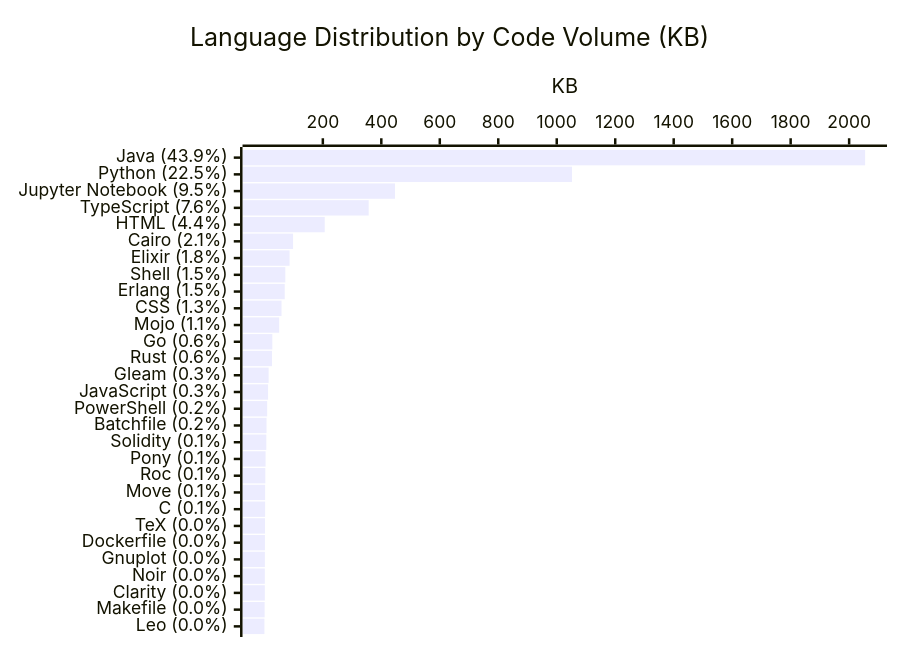
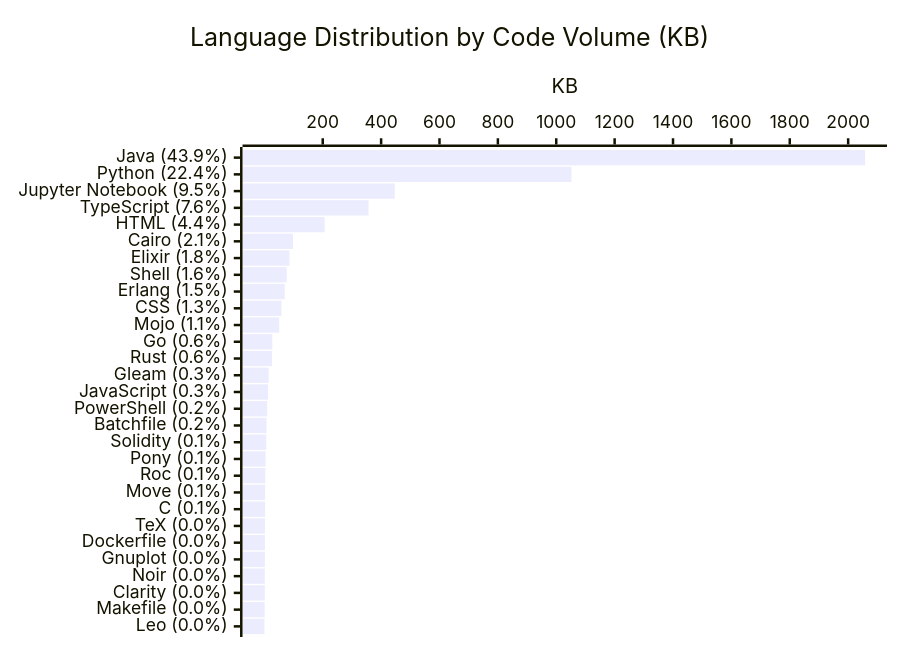
One commit to KathiraveluLab/.github changed the diagram in profile/README.md. Above: the diagram before and after it, drawn with Mermaid. The commit also changed other lines of this file and 1 other file, not shown here.

````diff
--- a/profile/README.md
+++ b/profile/README.md
@@ -64,7 +64,7 @@
 ```mermaid
 xychart-beta horizontal
     title "Language Distribution by Code Volume (KB)"
-    x-axis ["Java (43.9%)", "Python (22.5%)", "Jupyter Notebook (9.5%)", "TypeScript (7.6%)", "HTML (4.4%)", "Cairo (2.1%)", "Elixir (1.8%)", "Shell (1.5%)", "Erlang (1.5%)", "CSS (1.3%)", "Mojo (1.1%)", "Go (0.6%)", "Rust (0.6%)", "Gleam (0.3%)", "JavaScript (0.3%)", "PowerShell (0.2%)", "Batchfile (0.2%)", "Solidity (0.1%)", "Pony (0.1%)", "Roc (0.1%)", "Move (0.1%)", "C (0.1%)", "TeX (0.0%)", "Dockerfile (0.0%)", "Gnuplot (0.0%)", "Noir (0.0%)", "Clarity (0.0%)", "Makefile (0.0%)", "Leo (0.0%)"]
+    x-axis ["Java (43.9%)", "Python (22.4%)", "Jupyter Notebook (9.5%)", "TypeScript (7.6%)", "HTML (4.4%)", "Cairo (2.1%)", "Elixir (1.8%)", "Shell (1.6%)", "Erlang (1.5%)", "CSS (1.3%)", "Mojo (1.1%)", "Go (0.6%)", "Rust (0.6%)", "Gleam (0.3%)", "JavaScript (0.3%)", "PowerShell (0.2%)", "Batchfile (0.2%)", "Solidity (0.1%)", "Pony (0.1%)", "Roc (0.1%)", "Move (0.1%)", "C (0.1%)", "TeX (0.0%)", "Dockerfile (0.0%)", "Gnuplot (0.0%)", "Noir (0.0%)", "Clarity (0.0%)", "Makefile (0.0%)", "Leo (0.0%)"]
     y-axis "KB"
-    bar [2054.6, 1052.08, 446.9, 356.81, 206.55, 98.21, 86.29, 71.77, 69.74, 58.73, 50.76, 27.33, 26.08, 14.61, 12.8, 9.6, 7.42, 6.65, 4.14, 3.24, 2.68, 2.58, 2.29, 2.01, 1.82, 1.55, 1.53, 0.99, 0.27]
+    bar [2058.06, 1052.08, 446.9, 356.81, 206.55, 98.21, 86.29, 76.85, 69.74, 58.73, 50.76, 27.33, 26.08, 14.61, 12.8, 9.6, 7.42, 6.65, 4.14, 3.24, 2.68, 2.58, 2.29, 2.01, 1.82, 1.55, 1.53, 0.99, 0.27]
 ```
````
